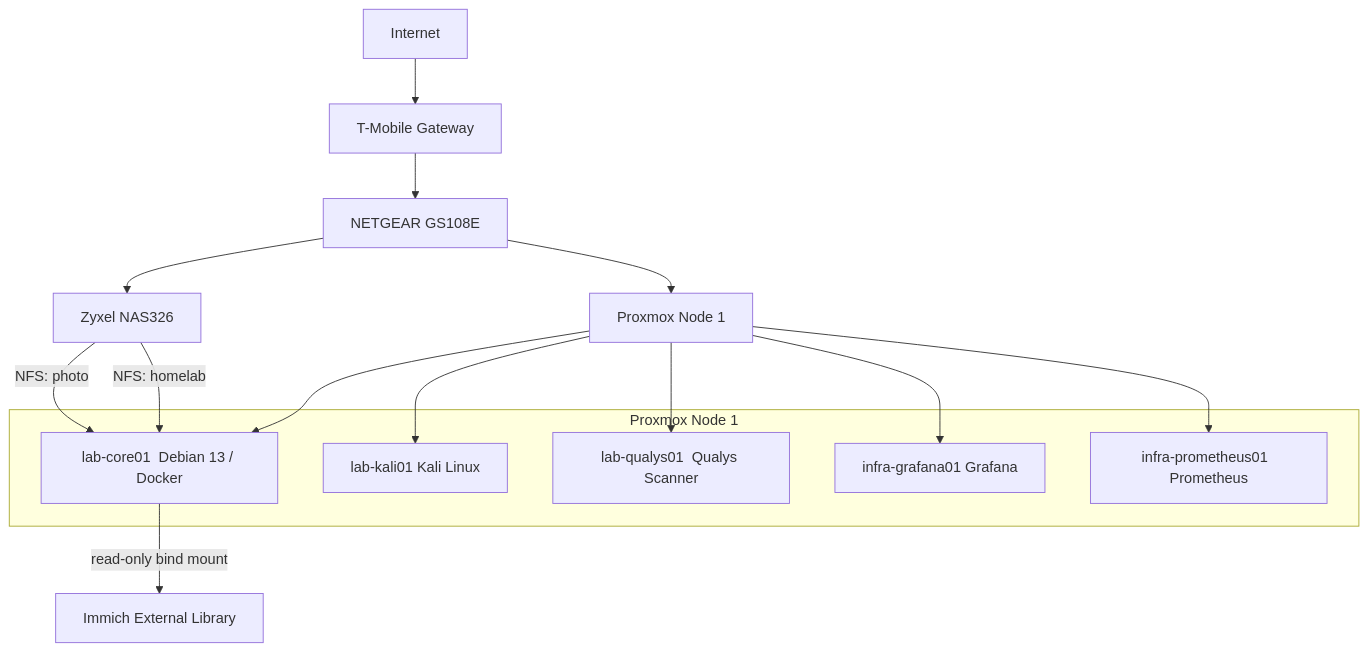
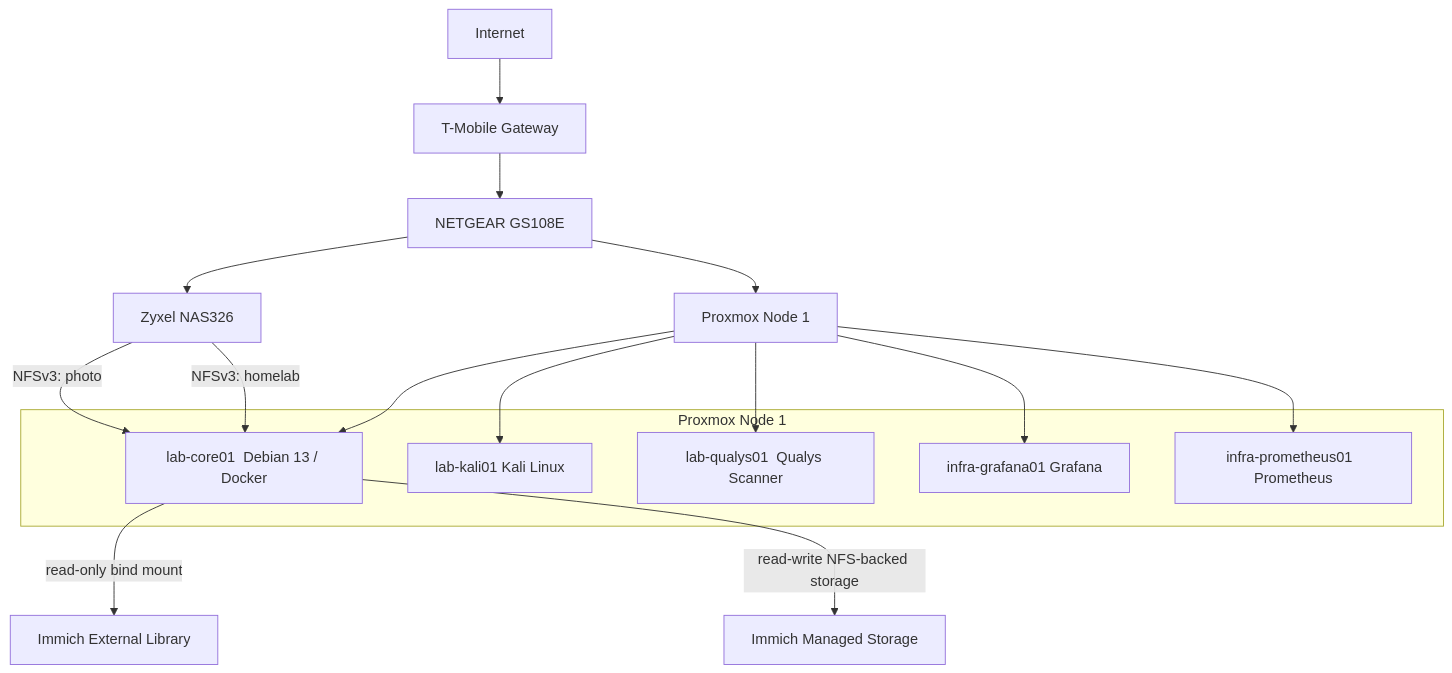
One commit to Tearstone/tearstone-homelab changed the first of 3 diagrams in docs/architecture.md. Above: the diagram before and after it, drawn with Mermaid. The commit also changed other lines of this file, not shown here.

Commit message:
Document current Immich and NAS storage architecture

````diff
--- a/docs/architecture.md
+++ b/docs/architecture.md
@@ -5,26 +5,27 @@
 ```mermaid
 graph TD
     Internet --> Router["T-Mobile Gateway"]
     Router --> Switch["NETGEAR GS108E"]
 
     Switch --> Proxmox["Proxmox Node 1"]
     Switch --> NAS["Zyxel NAS326  <PRIVATE_IP>"]
 
     subgraph "Proxmox Node 1"
         Core["lab-core01  Debian 13 / Docker"]
         Kali["lab-kali01  Kali Linux"]
         Qualys["lab-qualys01  Qualys Scanner"]
         Grafana["infra-grafana01  Grafana"]
         Prometheus["infra-prometheus01  Prometheus"]
     end
 
     Proxmox --> Core
     Proxmox --> Kali
     Proxmox --> Qualys
     Proxmox --> Grafana
     Proxmox --> Prometheus
 
-    NAS -->|"NFS: homelab"| Core
-    NAS -->|"NFS: photo"| Core
-    Core -->|"read-only bind mount"| Immich["Immich External Library"]
+    NAS -->|"NFSv3: homelab"| Core
+    NAS -->|"NFSv3: photo"| Core
+    Core -->|"read-only bind mount"| External["Immich External Library"]
+    Core -->|"read-write NFS-backed storage"| Immich["Immich Managed Storage"]
 ```
````
